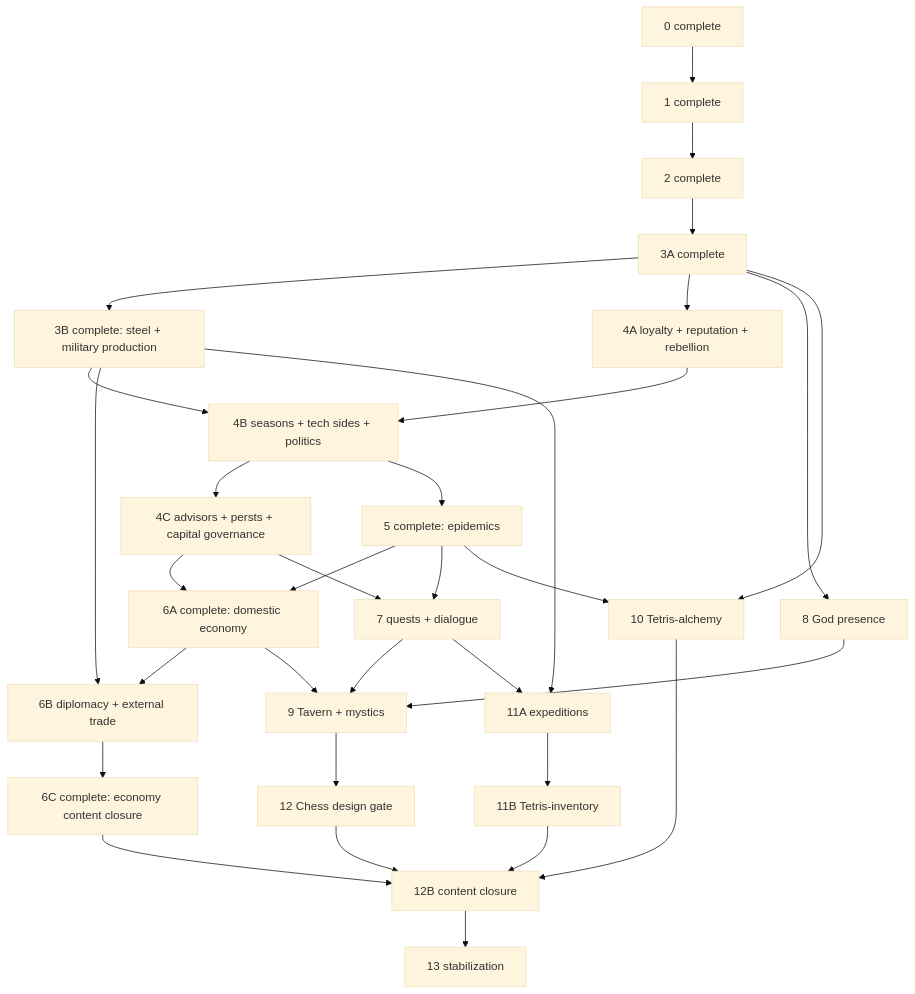
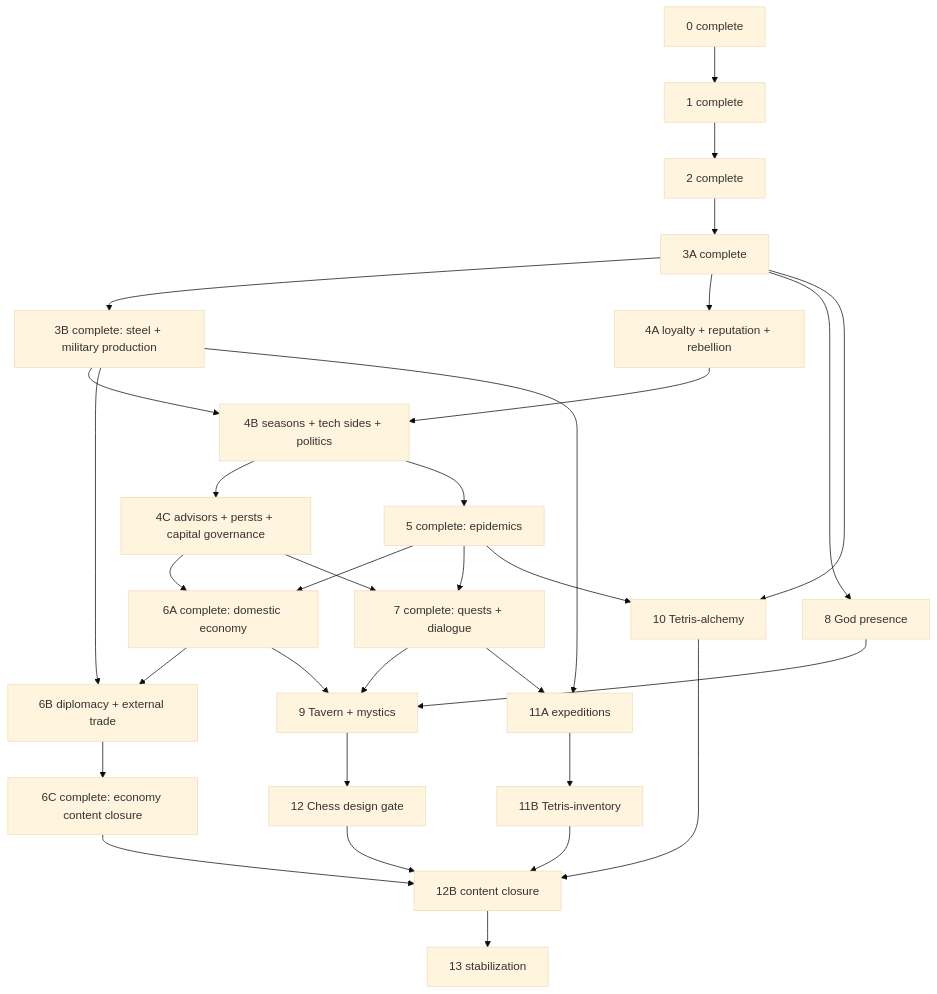
The diagram in plans/empires-endgame/README.md (akulihin/King-of-the-Garbage-Hill), drawn with Mermaid (base theme) before and after one commit. The commit also changed other lines of this file and 29 other files, not shown here.

````diff
--- a/plans/empires-endgame/README.md
+++ b/plans/empires-endgame/README.md
@@ -78,34 +83,34 @@
 ```mermaid
 graph TD
   P0[0 complete] --> P1[1 complete]
   P1 --> P2[2 complete]
   P2 --> P3A[3A complete]
   P3A --> P3B[3B complete: steel + military production]
   P3A --> P4A[4A loyalty + reputation + rebellion]
   P3B --> P4B[4B seasons + tech sides + politics]
   P4A --> P4B
   P4B --> P4C[4C advisors + persts + capital governance]
   P4B --> P5[5 complete: epidemics]
   P4C --> P6A[6A complete: domestic economy]
   P5 --> P6A
   P3B --> P6B[6B diplomacy + external trade]
   P6A --> P6B
   P6B --> P6C[6C complete: economy content closure]
-  P5 --> P7[7 quests + dialogue]
+  P5 --> P7[7 complete: quests + dialogue]
   P4C --> P7
   P3A --> P8[8 God presence]
   P6A --> P9[9 Tavern + mystics]
   P7 --> P9
   P8 --> P9
   P3A --> P10[10 Tetris-alchemy]
   P5 --> P10
   P3B --> P11A[11A expeditions]
   P7 --> P11A
   P11A --> P11B[11B Tetris-inventory]
   P9 --> P12[12 Chess design gate]
   P6C --> P12B[12B content closure]
   P10 --> P12B
   P11B --> P12B
   P12 --> P12B
   P12B --> P13[13 stabilization]
 ```
````
